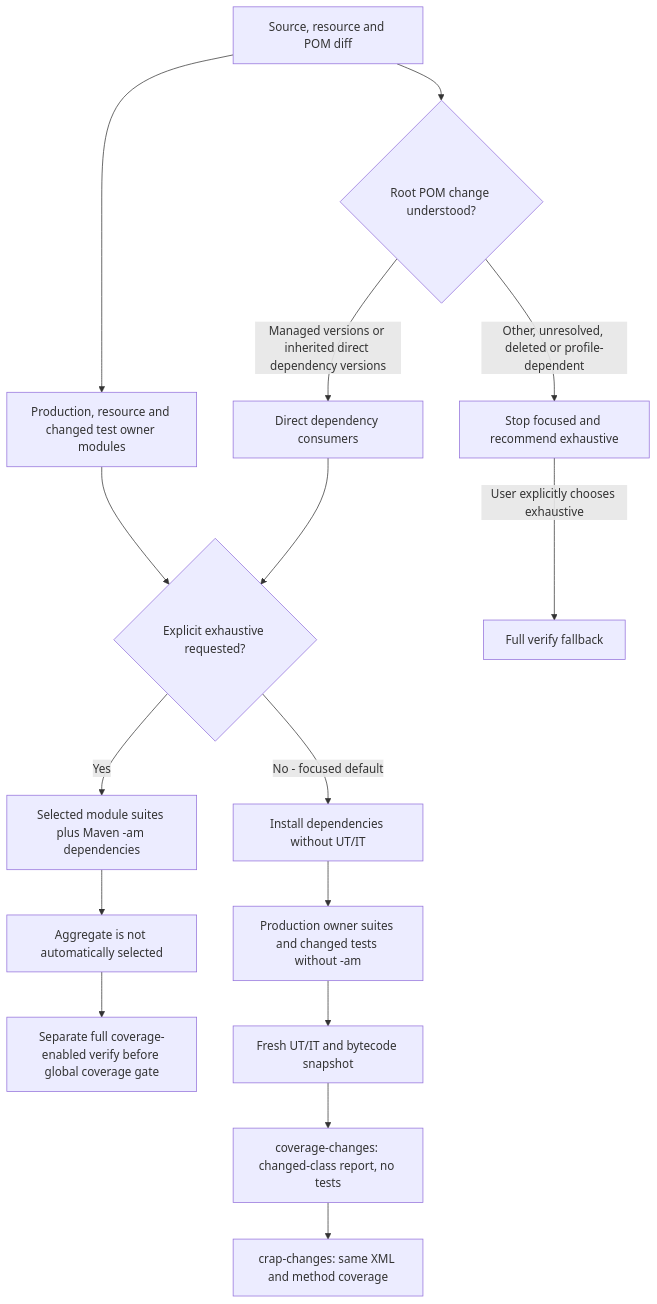
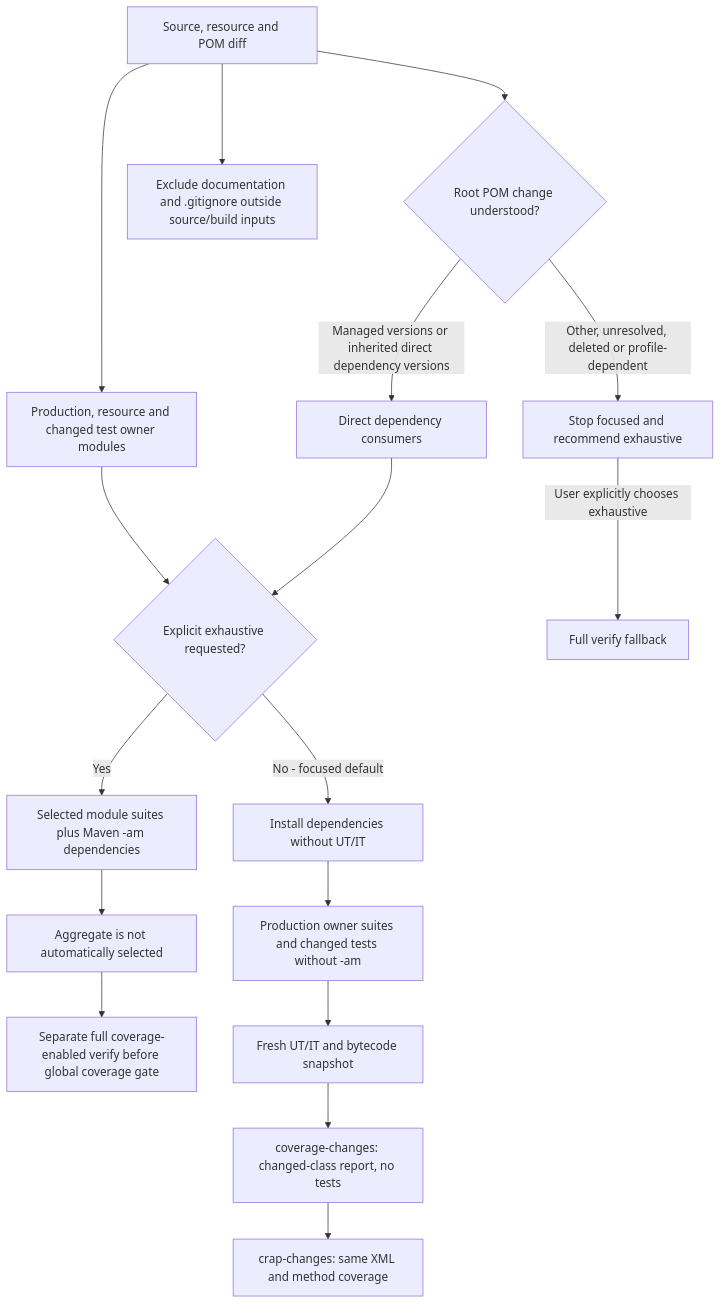
The fourth of 4 diagrams in docs/workflow-guidance.md (antonillos/makevn), drawn with Mermaid before and after one commit. The commit also changed other lines of this file and 2 other files, not shown here.

Commit message:
fix(changes): exclude gitignore metadata from focused impact

````diff
--- a/docs/workflow-guidance.md
+++ b/docs/workflow-guidance.md
@@ -130,18 +130,19 @@
 ```mermaid
 flowchart TD
   Diff[Source, resource and POM diff] --> Owners[Production, resource and changed test owner modules]
+  Diff --> Ignore[Exclude documentation and .gitignore outside source/build inputs]
   Diff --> POM{Root POM change understood?}
   POM -->|Managed versions or inherited direct dependency versions| Consumers[Direct dependency consumers]
   POM -->|Other, unresolved, deleted or profile-dependent| Stop[Stop focused and recommend exhaustive]
   Stop -->|User explicitly chooses exhaustive| Full[Full verify fallback]
   Owners --> Mode{Explicit exhaustive requested?}
   Mode -->|Yes| Verify[Selected module suites plus Maven -am dependencies]
   Mode -->|No - focused default| Prepare[Install dependencies without UT/IT]
   Prepare --> Focus[Production owner suites and changed tests without -am]
   Focus --> Snapshot[Fresh UT/IT and bytecode snapshot]
   Snapshot --> ScopedReport[coverage-changes: changed-class report, no tests]
   ScopedReport --> ScopedCRAP[crap-changes: same XML and method coverage]
   Consumers --> Mode
   Verify --> Separate[Aggregate is not automatically selected]
   Separate --> Gate[Separate full coverage-enabled verify before global coverage gate]
 ```
````
